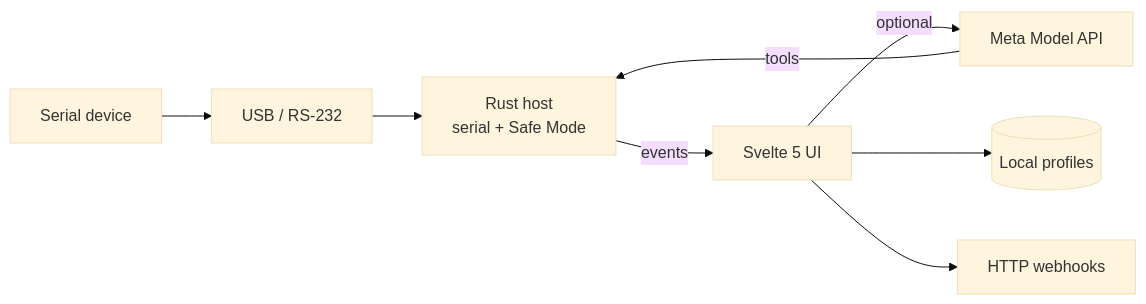
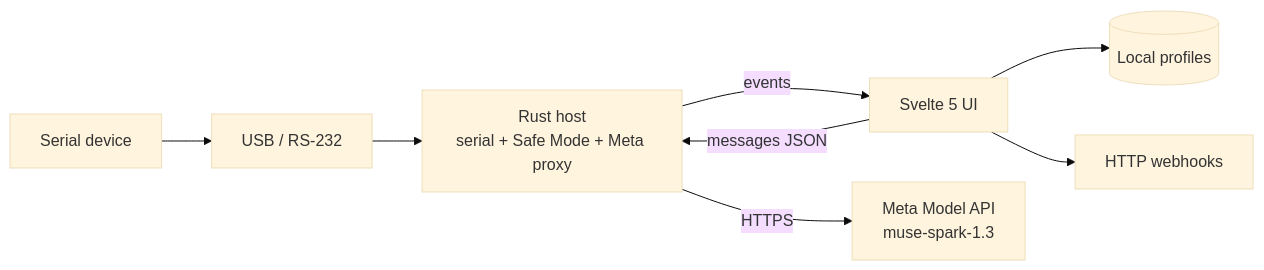
One commit to adindamochamad/serial-bridge changed the diagram in README.md. Above: the diagram before and after it, drawn with Mermaid (base theme). The commit also changed other lines of this file and 56 other files, not shown here.

````diff
--- a/README.md
+++ b/README.md
@@ -33,10 +29,10 @@
 ```mermaid
 graph LR
   Device[Serial device] --> Port[USB / RS-232]
-  Port --> Rust[Rust host<br/>serial + Safe Mode]
+  Port --> Rust[Rust host<br/>serial + Safe Mode + Meta proxy]
   Rust -->|events| UI[Svelte 5 UI]
-  UI -->|optional| API[Meta Model API]
-  API -->|tools| Rust
+  UI -->|messages JSON| Rust
+  Rust -->|HTTPS| Meta[Meta Model API<br/>muse-spark-1.3]
   UI --> Profile[(Local profiles)]
   UI --> Webhook[HTTP webhooks]
 ```
````
